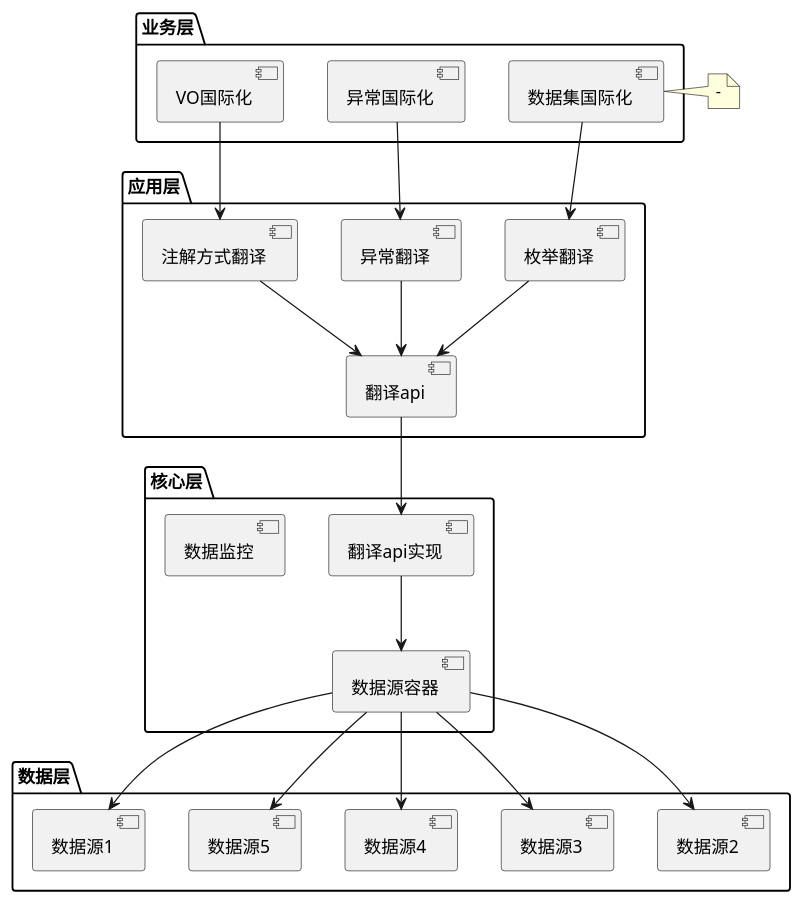
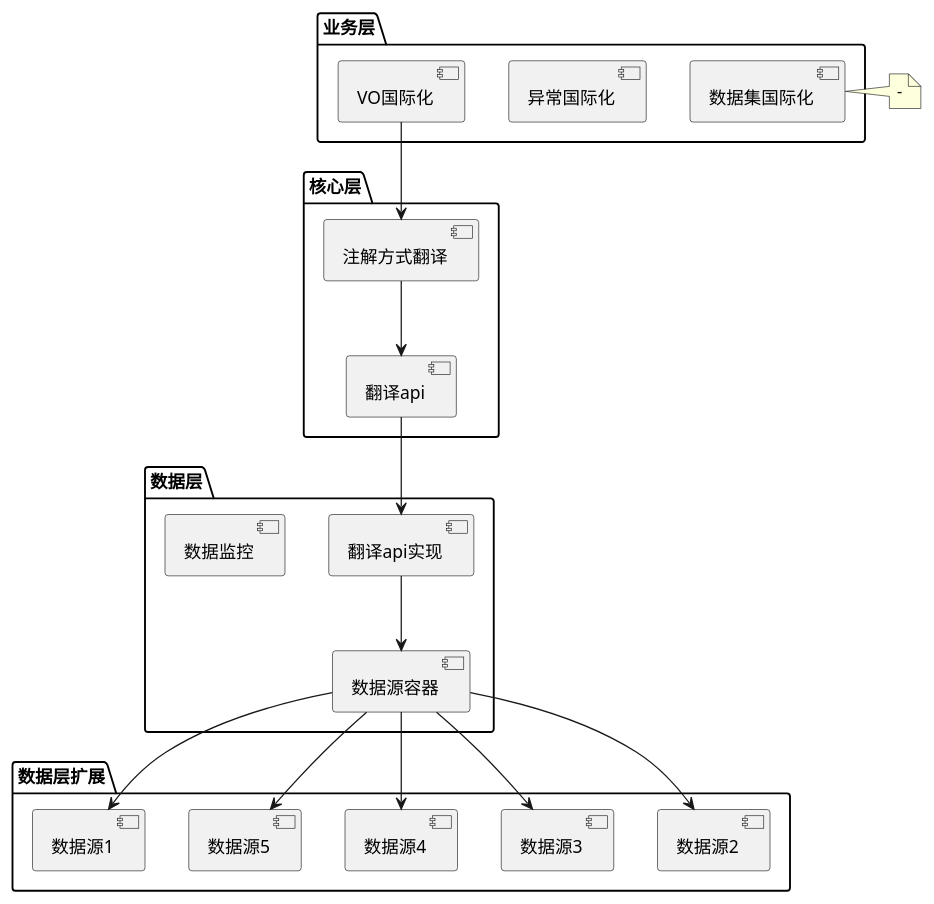
The diagram in doc/frame.puml (cnkeeper/simple-translator), drawn with PlantUML before and after one commit. The commit also changed 23 other files, not shown here.

```diff
--- a/doc/frame.puml
+++ b/doc/frame.puml
@@ -1,44 +1,38 @@
 @startuml
 package "业务层" {
 [异常国际化]
 [VO国际化]
 [数据集国际化]
 }
 note right of [数据集国际化]
  -
 end note
 
-package "应用层" {
-[异常翻译]
+package "核心层" {
 [注解方式翻译]
-[枚举翻译]
 [翻译api]
 }
-[数据集国际化] -down->[枚举翻译]
-[异常国际化] -down->[异常翻译]
 [VO国际化]-down->[注解方式翻译]
-[异常翻译]-down->[翻译api]
-[枚举翻译]-down->[翻译api]
 [注解方式翻译]-down->[翻译api]
 
-package "核心层" {
+package "数据层" {
   [翻译api实现]
   [数据源容器]
   [数据监控]
 }
 [翻译api] -down->[翻译api实现]
 [翻译api实现]-down->[数据源容器]
-package "数据层" {
+package "数据层扩展" {
   [数据源1]
   [数据源2]
   [数据源3]
   [数据源4]
   [数据源5]
 }
 
 [数据源容器]-down->[数据源1]
 [数据源容器]->[数据源2]
 [数据源容器]->[数据源3]
 [数据源容器]->[数据源4]
 [数据源容器]->[数据源5]
 @enduml
```
